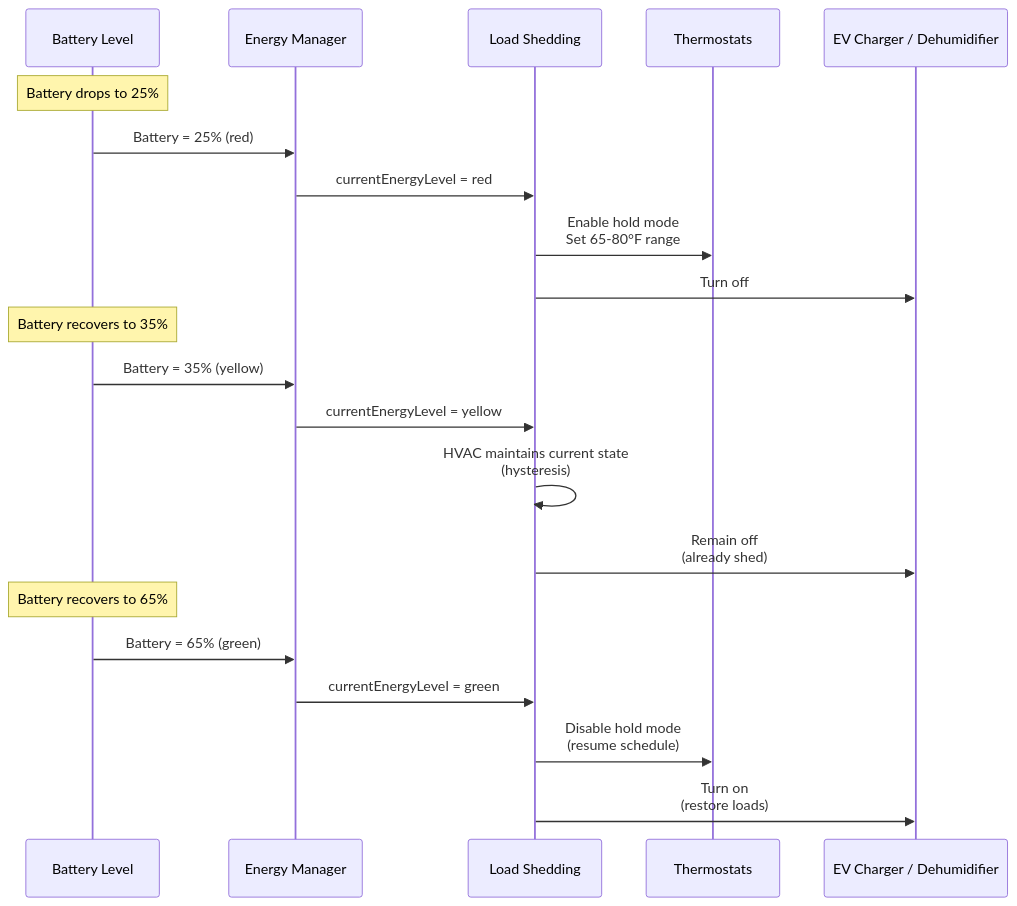
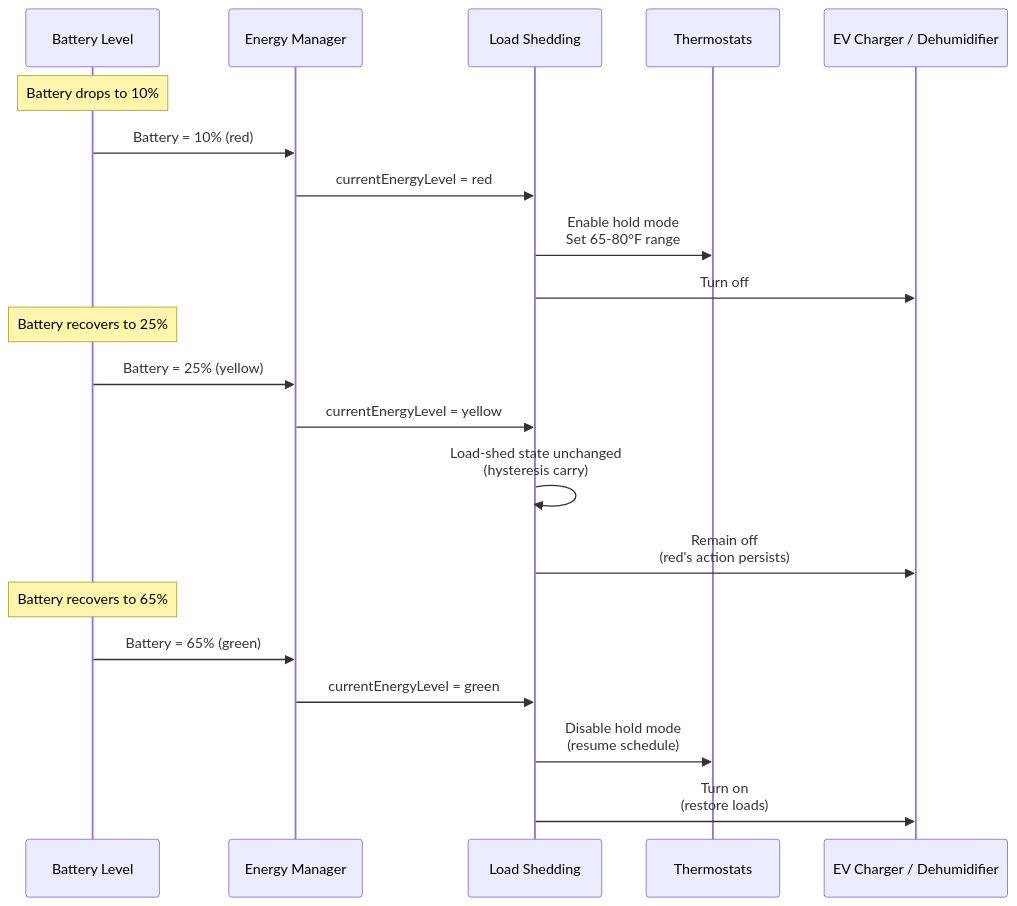
One commit to NickBorgers/home-automation changed the sixth of 7 diagrams in docs/flows/LOAD_SHEDDING.md. Above: the diagram before and after it, drawn with Mermaid. The commit also changed other lines of this file and 14 other files, not shown here.

````diff
--- a/docs/flows/LOAD_SHEDDING.md
+++ b/docs/flows/LOAD_SHEDDING.md
@@ -276,29 +276,29 @@
 ```mermaid
 sequenceDiagram
     participant Battery as Battery Level
     participant EM as Energy Manager
     participant LS as Load Shedding
     participant HVAC as Thermostats
     participant NonHVAC as EV Charger / Dehumidifier
 
-    Note over Battery: Battery drops to 25%
+    Note over Battery: Battery drops to 10%
 
-    Battery->>EM: Battery = 25% (red)
+    Battery->>EM: Battery = 10% (red)
     EM->>LS: currentEnergyLevel = red
     LS->>HVAC: Enable hold mode<br/>Set 65-80°F range
     LS->>NonHVAC: Turn off
 
-    Note over Battery: Battery recovers to 35%
+    Note over Battery: Battery recovers to 25%
 
-    Battery->>EM: Battery = 35% (yellow)
+    Battery->>EM: Battery = 25% (yellow)
     EM->>LS: currentEnergyLevel = yellow
-    LS->>LS: HVAC maintains current state<br/>(hysteresis)
-    LS->>NonHVAC: Remain off<br/>(already shed)
+    LS->>LS: Load-shed state unchanged<br/>(hysteresis carry)
+    LS->>NonHVAC: Remain off<br/>(red's action persists)
 
     Note over Battery: Battery recovers to 65%
 
     Battery->>EM: Battery = 65% (green)
     EM->>LS: currentEnergyLevel = green
     LS->>HVAC: Disable hold mode<br/>(resume schedule)
     LS->>NonHVAC: Turn on<br/>(restore loads)
 ```
````
